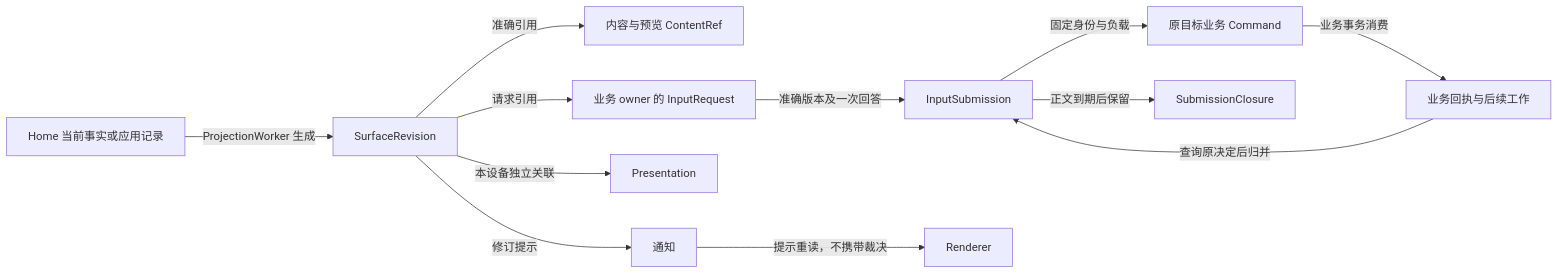
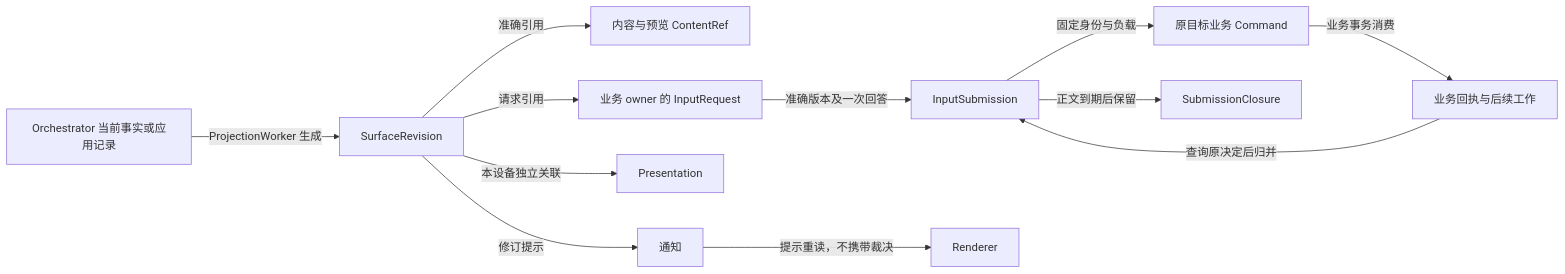
The third of 5 diagrams in docs/architecture/interaction/implementation.md (ruipengliu/lerna), drawn with Mermaid before and after one commit. The commit also changed other lines of this file and 174 other files, not shown here.

````diff
--- a/docs/architecture/interaction/implementation.md
+++ b/docs/architecture/interaction/implementation.md
@@ -182,14 +182,14 @@
 ```mermaid
 flowchart LR
-    H[Home 当前事实或应用记录] -->|ProjectionWorker 生成| S[SurfaceRevision]
+    H[Orchestrator 当前事实或应用记录] -->|ProjectionWorker 生成| S[SurfaceRevision]
     S -->|准确引用| C[内容与预览 ContentRef]
     S -->|请求引用| R[业务 owner 的 InputRequest]
     S -->|本设备独立关联| P[Presentation]
     R -->|准确版本及一次回答| I[InputSubmission]
     I -->|固定身份与负载| T[原目标业务 Command]
     T -->|业务事务消费| B[业务回执与后续工作]
     B -->|查询原决定后归并| I
     I -->|正文到期后保留| X[SubmissionClosure]
     S -->|修订提示| N[通知]
     N -->|提示重读，不携带裁决| U[Renderer]
 ```
````
